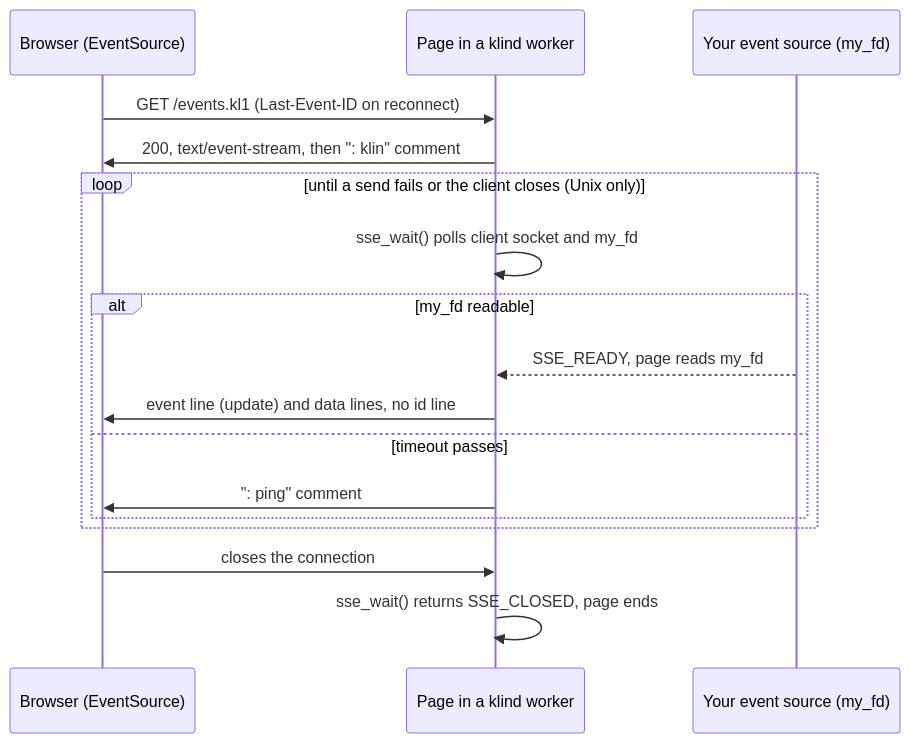
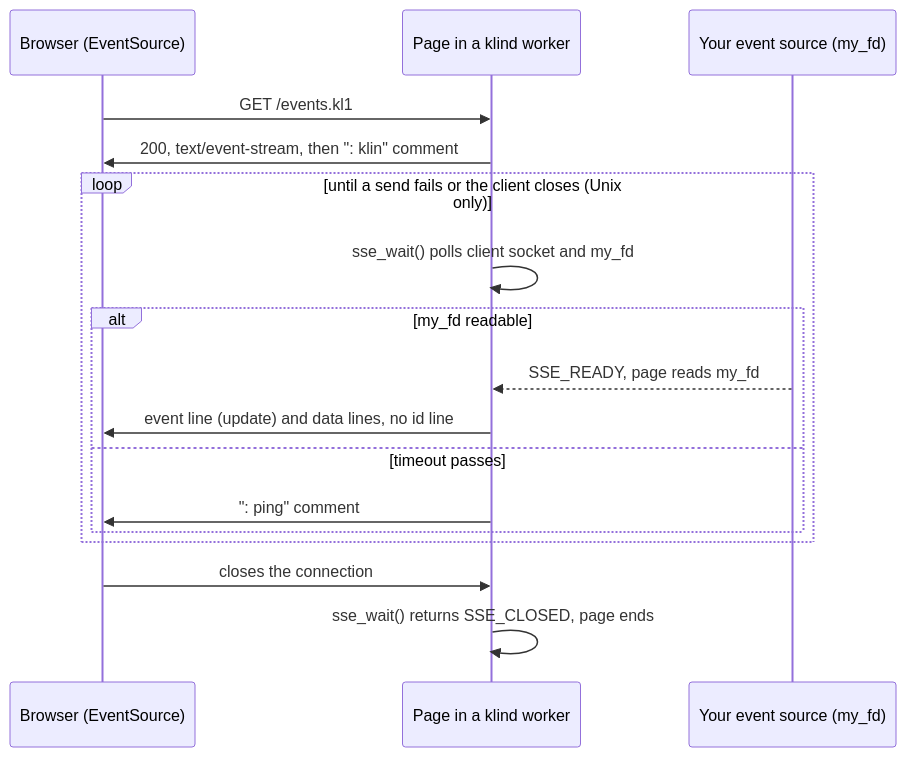
Before and after one commit to DanielTillett/klin: the diagram in doc/SSE.md, drawn with Mermaid. The commit also changed other lines of this file and 20 other files, not shown here.

````diff
--- a/doc/SSE.md
+++ b/doc/SSE.md
@@ -61,19 +61,19 @@
 ```mermaid
 sequenceDiagram
     participant B as Browser (EventSource)
     participant P as Page in a klind worker
     participant S as Your event source (my_fd)
-    B->>P: GET /events.kl1 (Last-Event-ID on reconnect)
+    B->>P: GET /events.kl1
     P->>B: 200, text/event-stream, then ": klin" comment
     loop until a send fails or the client closes (Unix only)
         P->>P: sse_wait() polls client socket and my_fd
         alt my_fd readable
             S-->>P: SSE_READY, page reads my_fd
             P->>B: event line (update) and data lines, no id line
         else timeout passes
             P->>B: ": ping" comment
         end
     end
     B->>P: closes the connection
     P->>P: sse_wait() returns SSE_CLOSED, page ends
 ```
````
